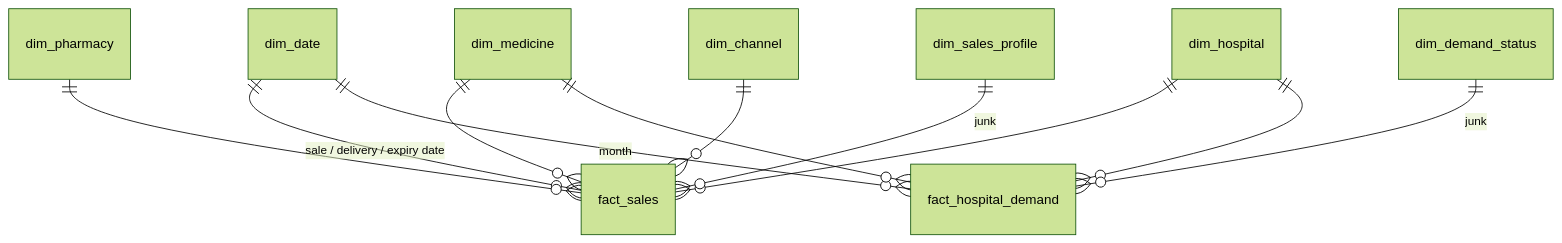
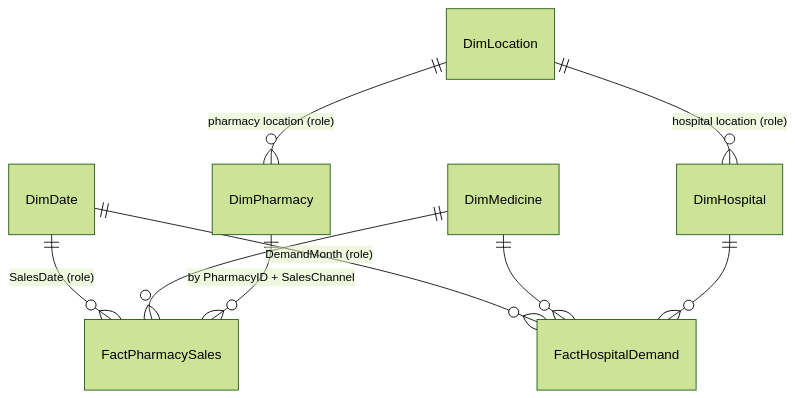
The diagram in docs/phase1_sdi_design.md (Ammar-Khan18/pharma-coldchain-dwh-pipeline), drawn with Mermaid (forest theme) before and after one commit. The commit also changed other lines of this file and 8 other files, not shown here.

````diff
--- a/docs/phase1_sdi_design.md
+++ b/docs/phase1_sdi_design.md
@@ -99,13 +20,11 @@
 ```mermaid
 erDiagram
-    dim_date ||--o{ fact_sales : "sale / delivery / expiry date"
-    dim_medicine ||--o{ fact_sales : ""
-    dim_pharmacy ||--o{ fact_sales : ""
-    dim_hospital ||--o{ fact_sales : ""
-    dim_channel ||--o{ fact_sales : ""
-    dim_sales_profile ||--o{ fact_sales : "junk"
-    dim_date ||--o{ fact_hospital_demand : "month"
-    dim_medicine ||--o{ fact_hospital_demand : ""
-    dim_hospital ||--o{ fact_hospital_demand : ""
-    dim_demand_status ||--o{ fact_hospital_demand : "junk"
+    DimDate     ||--o{ FactPharmacySales  : "SalesDate (role)"
+    DimMedicine ||--o{ FactPharmacySales  : ""
+    DimPharmacy ||--o{ FactPharmacySales  : "by PharmacyID + SalesChannel"
+    DimDate     ||--o{ FactHospitalDemand : "DemandMonth (role)"
+    DimMedicine ||--o{ FactHospitalDemand : ""
+    DimHospital ||--o{ FactHospitalDemand : ""
+    DimLocation ||--o{ DimPharmacy        : "pharmacy location (role)"
+    DimLocation ||--o{ DimHospital        : "hospital location (role)"
 ```
````
